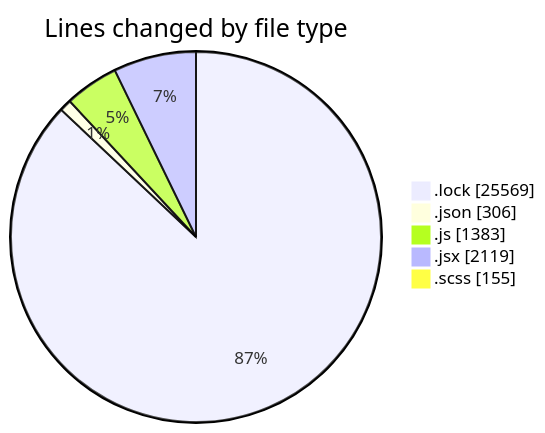
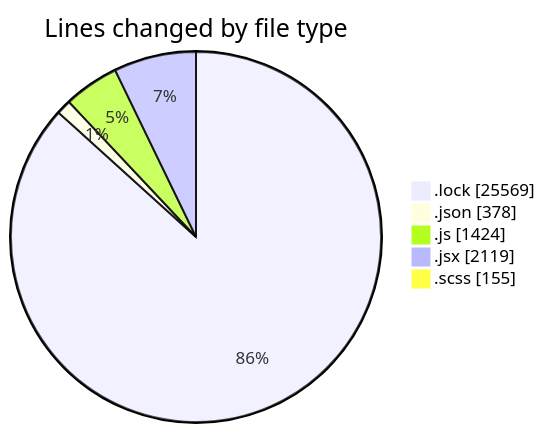
One commit to momahboobian/code-tracking changed the first of 2 diagrams in 2026-01-07/cda/README.md. Above: the diagram before and after it, drawn with Mermaid. The commit also changed other lines of this file and 1 other file, not shown here.

````diff
--- a/2026-01-07/cda/README.md
+++ b/2026-01-07/cda/README.md
@@ -48,9 +49,9 @@
 ```mermaid
 pie showData
 title Lines changed by file type
 ".lock" : 25569
-".json" : 306
-".js" : 1383
+".json" : 378
+".js" : 1424
 ".jsx" : 2119
 ".scss" : 155
 ```
````
